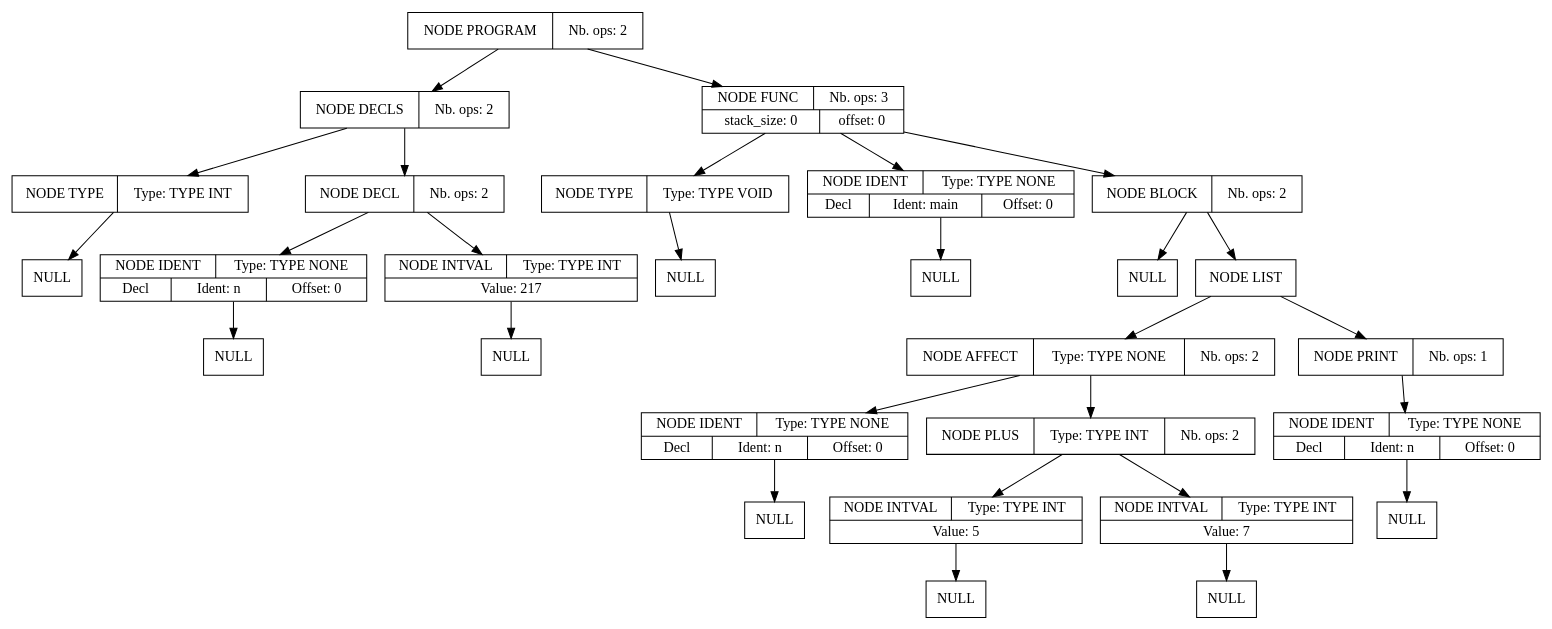
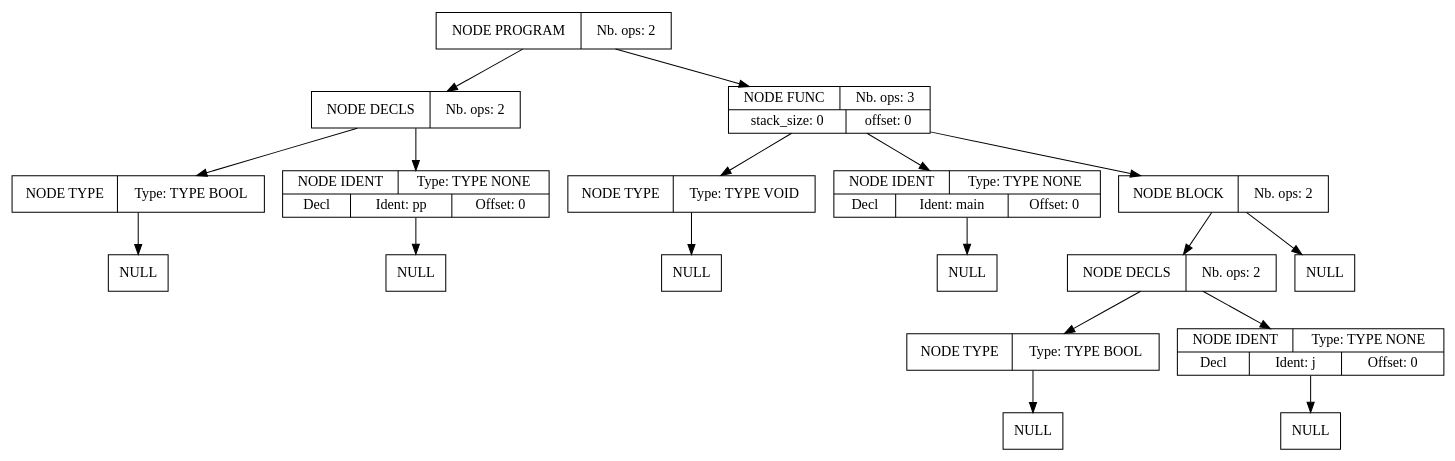
One commit to Serial-DeV/Compilation changed the diagram in projet_compilation_src/src/fichier_dump.dot. Above: the diagram before and after it, drawn with Graphviz. The commit also changed 10 other files, not shown here.

```diff
--- a/projet_compilation_src/src/fichier_dump.dot
+++ b/projet_compilation_src/src/fichier_dump.dot
@@ -1,84 +1,54 @@
 digraph global_vars {
     N1 [shape=record, label="{{NODE PROGRAM|Nb. ops: 2}}"];
     N2 [shape=record, label="{{NODE DECLS|Nb. ops: 2}}"];
-    N3 [shape=record, label="{{NODE TYPE|Type: TYPE INT}}"];
+    N3 [shape=record, label="{{NODE TYPE|Type: TYPE BOOL}}"];
     N4 [shape=record, label="{{NULL}}"];
     edge[tailclip=true];
     N3 -> N4
     edge[tailclip=true];
     N2 -> N3
-    N5 [shape=record, label="{{NODE DECL|Nb. ops: 2}}"];
-    N6 [shape=record, label="{{NODE IDENT|Type: TYPE NONE}|{<decl>Decl      |Ident: n|Offset: 0}}"];
-    N7 [shape=record, label="{{NULL}}"];
-    edge[tailclip=true];
-    N6 -> N7
+    N5 [shape=record, label="{{NODE IDENT|Type: TYPE NONE}|{<decl>Decl      |Ident: pp|Offset: 0}}"];
+    N6 [shape=record, label="{{NULL}}"];
     edge[tailclip=true];
     N5 -> N6
-    N8 [shape=record, label="{{NODE INTVAL|Type: TYPE INT}|{Value: 217}}"];
+    edge[tailclip=true];
+    N2 -> N5
+    edge[tailclip=true];
+    N1 -> N2
+    N7 [shape=record, label="{{NODE FUNC|Nb. ops: 3}|{stack_size: 0|offset: 0}}"];
+    N8 [shape=record, label="{{NODE TYPE|Type: TYPE VOID}}"];
     N9 [shape=record, label="{{NULL}}"];
     edge[tailclip=true];
     N8 -> N9
     edge[tailclip=true];
-    N5 -> N8
-    edge[tailclip=true];
-    N2 -> N5
-    edge[tailclip=true];
-    N1 -> N2
-    N10 [shape=record, label="{{NODE FUNC|Nb. ops: 3}|{stack_size: 0|offset: 0}}"];
-    N11 [shape=record, label="{{NODE TYPE|Type: TYPE VOID}}"];
-    N12 [shape=record, label="{{NULL}}"];
-    edge[tailclip=true];
-    N11 -> N12
+    N7 -> N8
+    N10 [shape=record, label="{{NODE IDENT|Type: TYPE NONE}|{<decl>Decl      |Ident: main|Offset: 0}}"];
+    N11 [shape=record, label="{{NULL}}"];
     edge[tailclip=true];
     N10 -> N11
-    N13 [shape=record, label="{{NODE IDENT|Type: TYPE NONE}|{<decl>Decl      |Ident: main|Offset: 0}}"];
-    N14 [shape=record, label="{{NULL}}"];
+    edge[tailclip=true];
+    N7 -> N10
+    N12 [shape=record, label="{{NODE BLOCK|Nb. ops: 2}}"];
+    N13 [shape=record, label="{{NODE DECLS|Nb. ops: 2}}"];
+    N14 [shape=record, label="{{NODE TYPE|Type: TYPE BOOL}}"];
+    N15 [shape=record, label="{{NULL}}"];
+    edge[tailclip=true];
+    N14 -> N15
     edge[tailclip=true];
     N13 -> N14
+    N16 [shape=record, label="{{NODE IDENT|Type: TYPE NONE}|{<decl>Decl      |Ident: j|Offset: 0}}"];
+    N17 [shape=record, label="{{NULL}}"];
     edge[tailclip=true];
-    N10 -> N13
-    N15 [shape=record, label="{{NODE BLOCK|Nb. ops: 2}}"];
-    N16 [shape=record, label="{{NULL}}"];
+    N16 -> N17
     edge[tailclip=true];
-    N15 -> N16
-    N17 [shape=record, label="{{NODE LIST}}"];
-    N18 [shape=record, label="{{NODE AFFECT|Type: TYPE NONE|Nb. ops: 2}}"];
-    N19 [shape=record, label="{{NODE IDENT|Type: TYPE NONE}|{<decl>Decl      |Ident: n|Offset: 0}}"];
-    N20 [shape=record, label="{{NULL}}"];
+    N13 -> N16
     edge[tailclip=true];
-    N19 -> N20
+    N12 -> N13
+    N18 [shape=record, label="{{NULL}}"];
     edge[tailclip=true];
-    N18 -> N19
-    N21 [shape=record, label="{{NODE PLUS|Type: TYPE INT|Nb. ops: 2}}"];
-    N22 [shape=record, label="{{NODE INTVAL|Type: TYPE INT}|{Value: 5}}"];
-    N23 [shape=record, label="{{NULL}}"];
+    N12 -> N18
     edge[tailclip=true];
-    N22 -> N23
+    N7 -> N12
     edge[tailclip=true];
-    N21 -> N22
-    N24 [shape=record, label="{{NODE INTVAL|Type: TYPE INT}|{Value: 7}}"];
-    N25 [shape=record, label="{{NULL}}"];
-    edge[tailclip=true];
-    N24 -> N25
-    edge[tailclip=true];
-    N21 -> N24
-    edge[tailclip=true];
-    N18 -> N21
-    edge[tailclip=true];
-    N17 -> N18
-    N26 [shape=record, label="{{NODE PRINT|Nb. ops: 1}}"];
-    N27 [shape=record, label="{{NODE IDENT|Type: TYPE NONE}|{<decl>Decl      |Ident: n|Offset: 0}}"];
-    N28 [shape=record, label="{{NULL}}"];
-    edge[tailclip=true];
-    N27 -> N28
-    edge[tailclip=true];
-    N26 -> N27
-    edge[tailclip=true];
-    N17 -> N26
-    edge[tailclip=true];
-    N15 -> N17
-    edge[tailclip=true];
-    N10 -> N15
-    edge[tailclip=true];
-    N1 -> N10
+    N1 -> N7
 }
```
